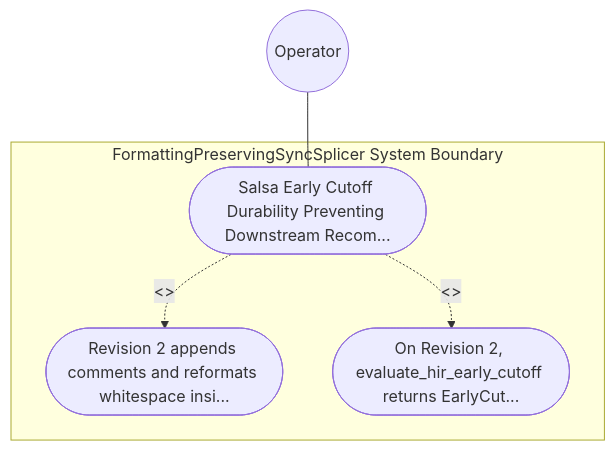
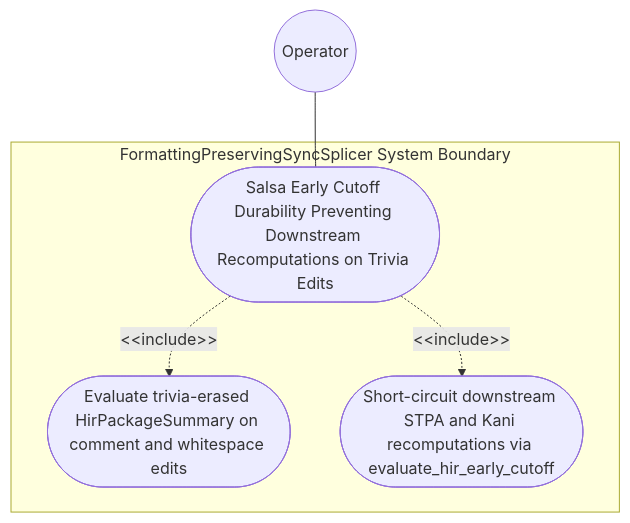
The diagram in .pipeline/upstream/docs/use-cases/UC-55-Salsa_Early_Cutoff_Durability_Preventing_Downstream_Recomputations_on_Trivia_Edits.md (gintatkinson/DEAP01-spec-core), drawn with Mermaid before and after one commit. The commit also changed other lines of this file and 225 other files, not shown here.

````diff
--- a/.pipeline/upstream/docs/use-cases/UC-55-Salsa_Early_Cutoff_Durability_Preventing_Downstream_Recomputations_on_Trivia_Edits.md
+++ b/.pipeline/upstream/docs/use-cases/UC-55-Salsa_Early_Cutoff_Durability_Preventing_Downstream_Recomputations_on_Trivia_Edits.md
@@ -16,11 +16,11 @@
 ```mermaid
 graph TD
     subgraph "FormattingPreservingSyncSplicer System Boundary"
-        UC_Main(["Salsa Early Cutoff Durability Preventing Downstream Recom..."])
-        UC_Step01(["Revision 2 appends comments and reformats whitespace insi..."])
-        UC_Step02(["On Revision 2, evaluate_hir_early_cutoff returns EarlyCut..."])
+        UC_Main(["Salsa Early Cutoff Durability Preventing Downstream Recomputations on Trivia Edits"])
+        UC_Step01(["Evaluate trivia-erased HirPackageSummary on comment and whitespace edits"])
+        UC_Step02(["Short-circuit downstream STPA and Kani recomputations via evaluate_hir_early_cutoff"])
     end
     Operator(("Operator")) --- UC_Main
-    UC_Main -. "<<include>>" .-> UC_Step01
-    UC_Main -. "<<include>>" .-> UC_Step02
+    UC_Main -. "&lt;&lt;include&gt;&gt;" .-> UC_Step01
+    UC_Main -. "&lt;&lt;include&gt;&gt;" .-> UC_Step02
 ```
````
